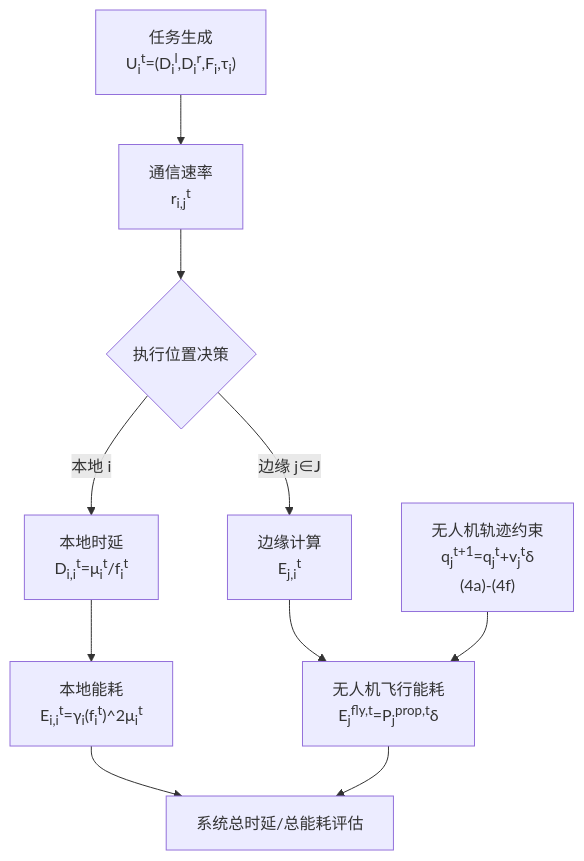
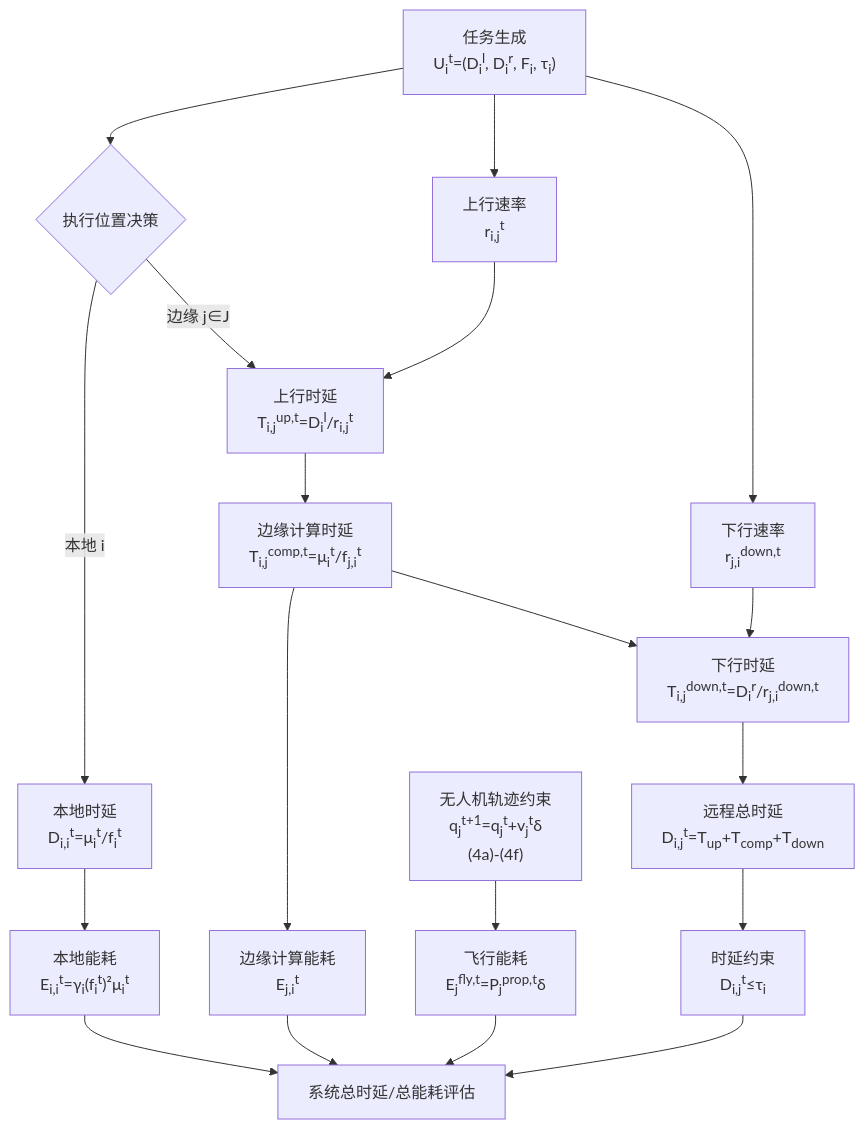
The diagram in 文档/公式.md (Daisy-1515/llm-guided-mod-optimization), drawn with Mermaid before and after one commit. The commit also changed other lines of this file, not shown here.

First line of the commit message:
Integrate remote offloading delay formulas and optimize flowchart

````diff
--- a/文档/公式.md
+++ b/文档/公式.md
@@ -178,12 +220,34 @@
 ```mermaid
 flowchart TD
-    A["任务生成<br/>U<sub>i</sub><sup>t</sup>=(D<sub>i</sub><sup>l</sup>,D<sub>i</sub><sup>r</sup>,F<sub>i</sub>,τ<sub>i</sub>)"] --> B["通信速率<br/>r<sub>i,j</sub><sup>t</sup>"]
-    B --> C{执行位置决策}
+    A["任务生成<br/>U<sub>i</sub><sup>t</sup>=(D<sub>i</sub><sup>l</sup>, D<sub>i</sub><sup>r</sup>, F<sub>i</sub>, τ<sub>i</sub>)"]
+    B["上行速率<br/>r<sub>i,j</sub><sup>t</sup>"]
+    B2["下行速率<br/>r<sub>j,i</sub><sup>down,t</sup>"]
+    C{"执行位置决策"}
+
+    A --> B
+    A --> B2
+    A --> C
+
     C -->|本地 i| D["本地时延<br/>D<sub>i,i</sub><sup>t</sup>=μ<sub>i</sub><sup>t</sup>/f<sub>i</sub><sup>t</sup>"]
-    C -->|边缘 j∈J| E["边缘计算<br/>E<sub>j,i</sub><sup>t</sup>"]
-    D --> F["本地能耗<br/>E<sub>i,i</sub><sup>t</sup>=γ<sub>i</sub>(f<sub>i</sub><sup>t</sup>)^2μ<sub>i</sub><sup>t</sup>"]
-    E --> G["无人机飞行能耗<br/>E<sub>j</sub><sup>fly,t</sup>=P<sub>j</sub><sup>prop,t</sup>δ"]
-    H["无人机轨迹约束<br/>q<sub>j</sub><sup>t+1</sup>=q<sub>j</sub><sup>t</sup>+v<sub>j</sub><sup>t</sup>δ<br/>(4a)-(4f)"] --> G
-    F --> I[系统总时延/总能耗评估]
+    D --> F["本地能耗<br/>E<sub>i,i</sub><sup>t</sup>=γ<sub>i</sub>(f<sub>i</sub><sup>t</sup>)²μ<sub>i</sub><sup>t</sup>"]
+
+    C -->|边缘 j∈J| U1["上行时延<br/>T<sub>i,j</sub><sup>up,t</sup>=D<sub>i</sub><sup>l</sup>/r<sub>i,j</sub><sup>t</sup>"]
+    B --> U1
+    U1 --> U2["边缘计算时延<br/>T<sub>i,j</sub><sup>comp,t</sup>=μ<sub>i</sub><sup>t</sup>/f<sub>j,i</sub><sup>t</sup>"]
+    U2 --> U3["下行时延<br/>T<sub>i,j</sub><sup>down,t</sup>=D<sub>i</sub><sup>r</sup>/r<sub>j,i</sub><sup>down,t</sup>"]
+    B2 --> U3
+
+    U3 --> R1["远程总时延<br/>D<sub>i,j</sub><sup>t</sup>=T<sub>up</sub>+T<sub>comp</sub>+T<sub>down</sub>"]
+    R1 --> K["时延约束<br/>D<sub>i,j</sub><sup>t</sup>≤τ<sub>i</sub>"]
+
+    U2 --> E["边缘计算能耗<br/>E<sub>j,i</sub><sup>t</sup>"]
+    H["无人机轨迹约束<br/>q<sub>j</sub><sup>t+1</sup>=q<sub>j</sub><sup>t</sup>+v<sub>j</sub><sup>t</sup>δ<br/>(4a)-(4f)"]
+    G["飞行能耗<br/>E<sub>j</sub><sup>fly,t</sup>=P<sub>j</sub><sup>prop,t</sup>δ"]
+
+    H --> G
+
+    F --> I["系统总时延/总能耗评估"]
+    E --> I
     G --> I
+    K --> I
 ```
````
